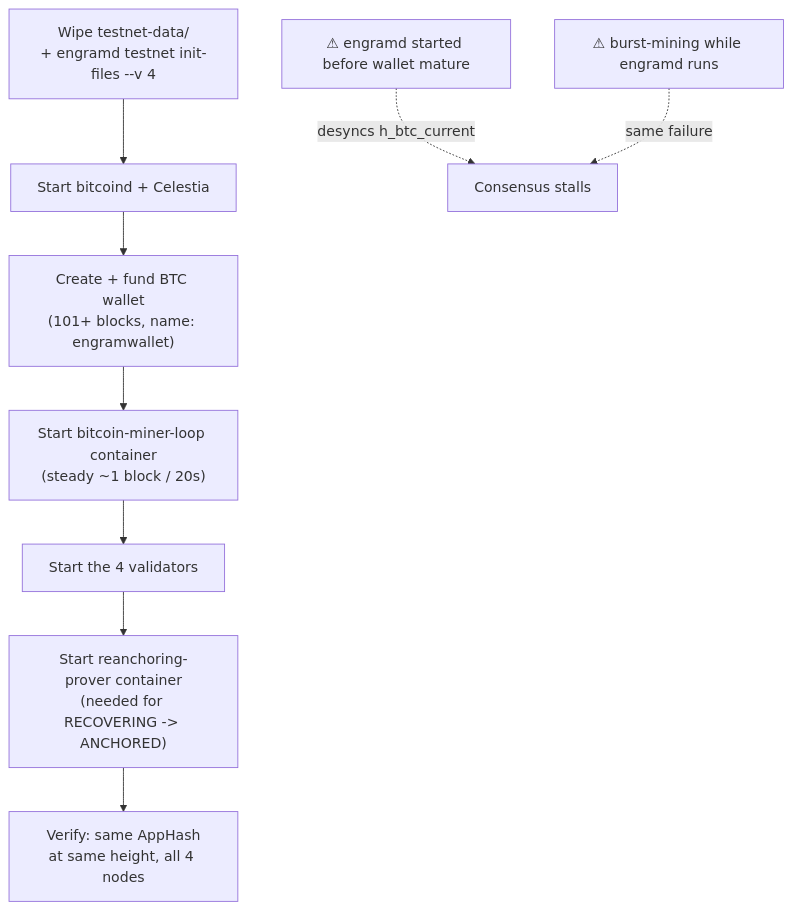
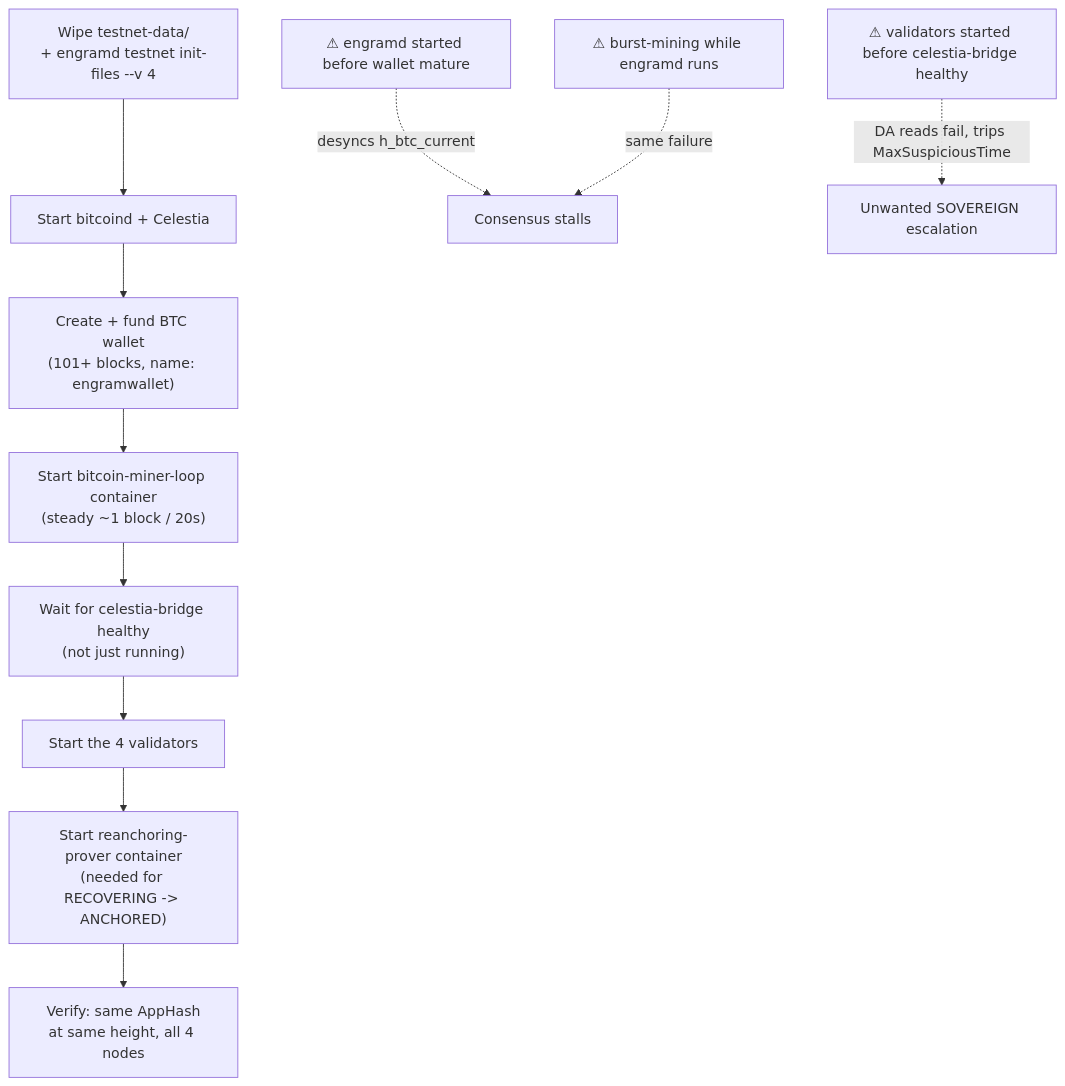
One commit to cuongct924/engram-sovereign-fsm changed the first of 4 diagrams in docs/DEVELOPMENT.md. Above: the diagram before and after it, drawn with Mermaid. The commit also changed other lines of this file and 2 other files, not shown here.

First line of the commit message:
fix(testnet): wait for celestia-bridge to be healthy before starting validators

````diff
--- a/docs/DEVELOPMENT.md
+++ b/docs/DEVELOPMENT.md
@@ -191,12 +191,14 @@
 ```mermaid
 flowchart TD
     A["Wipe testnet-data/\n+ engramd testnet init-files --v 4"] --> B["Start bitcoind + Celestia"]
     B --> C["Create + fund BTC wallet\n(101+ blocks, name: engramwallet)"]
     C --> D["Start bitcoin-miner-loop container\n(steady ~1 block / 20s)"]
-    D --> E["Start the 4 validators"]
+    D --> W["Wait for celestia-bridge healthy\n(not just running)"]
+    W --> E["Start the 4 validators"]
     E --> F["Start reanchoring-prover container\n(needed for RECOVERING -> ANCHORED)"]
     F --> Ver["Verify: same AppHash\nat same height, all 4 nodes"]
 
     G["⚠ engramd started before wallet mature"] -.->|desyncs h_btc_current| H["Consensus stalls"]
     I["⚠ burst-mining while engramd runs"] -.->|same failure| H
+    J["⚠ validators started before celestia-bridge healthy"] -.->|DA reads fail, trips MaxSuspiciousTime| K["Unwanted SOVEREIGN escalation"]
 ```
````
